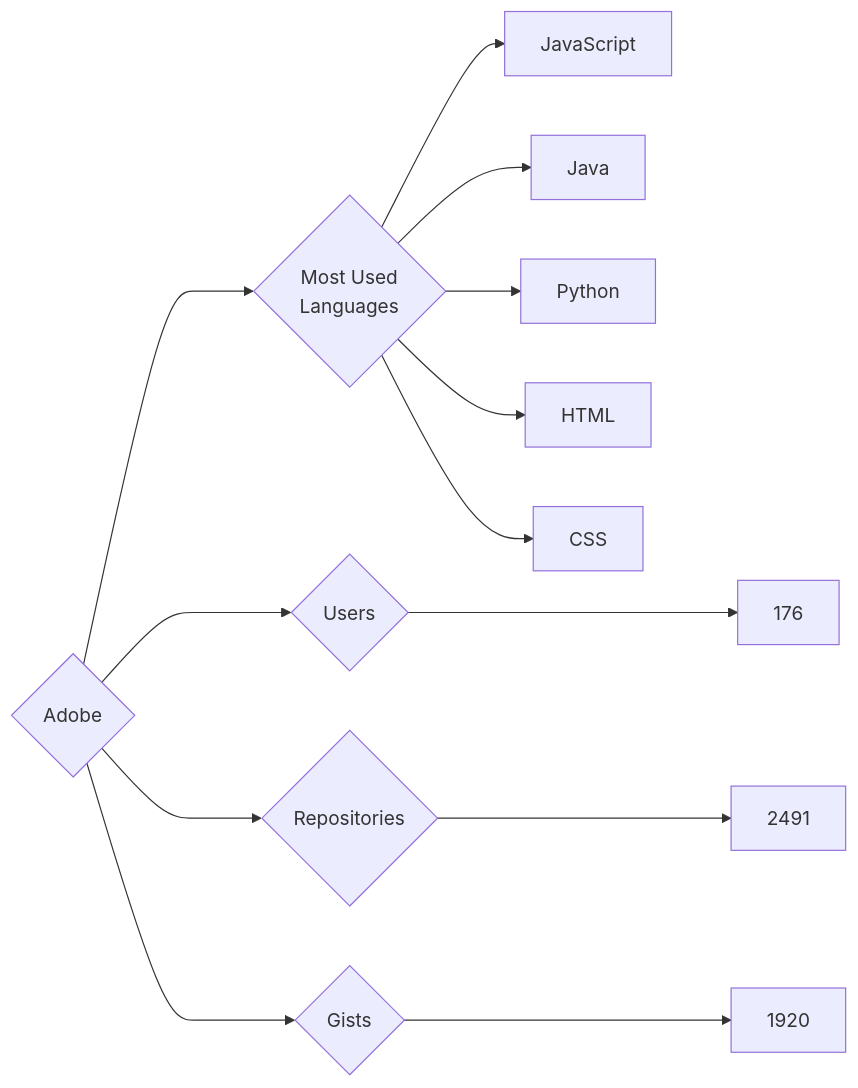
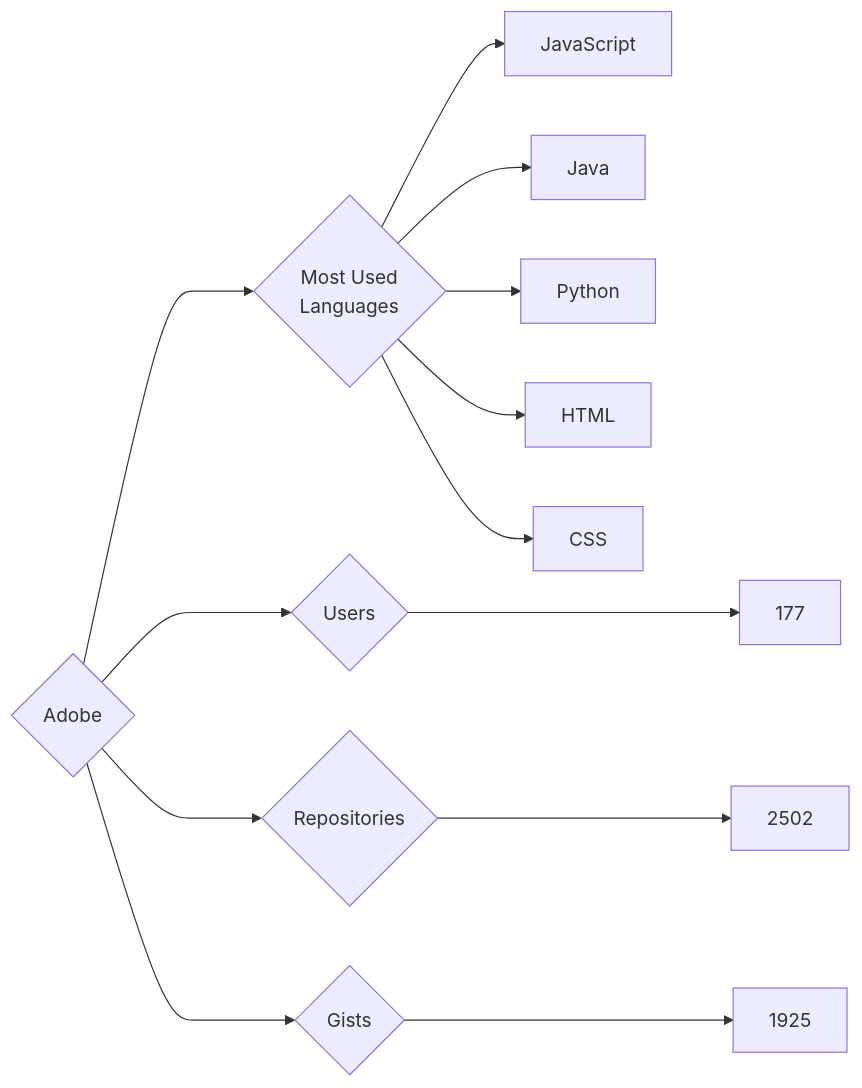
The diagram in targets/Adobe/README.md (trickest/insiders), drawn with Mermaid before and after one commit. The commit also changed 1195 other files, not shown here.

````diff
--- a/targets/Adobe/README.md
+++ b/targets/Adobe/README.md
@@ -3,13 +3,13 @@
 ```mermaid
 graph LR
 COMPANY_NAME{Adobe}
-COMPANY_NAME ---> U{Users} ---> UN[176]
-COMPANY_NAME ---> R{Repositories} ---> RN[2491]
-COMPANY_NAME ---> G{Gists} ---> GN[1920]
+COMPANY_NAME ---> U{Users} ---> UN[177]
+COMPANY_NAME ---> R{Repositories} ---> RN[2502]
+COMPANY_NAME ---> G{Gists} ---> GN[1925]
 COMPANY_NAME ---> ML{Most Used<br>Languages}
 ML --> JavaScript[JavaScript]
 ML --> Java[Java]
 ML --> Python[Python]
 ML --> HTML[HTML]
 ML --> CSS[CSS]
 ```
````
